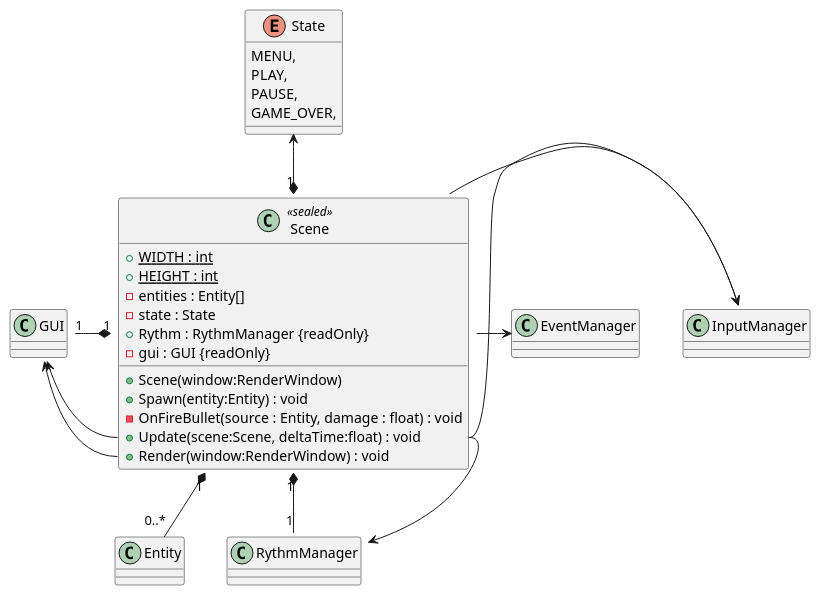
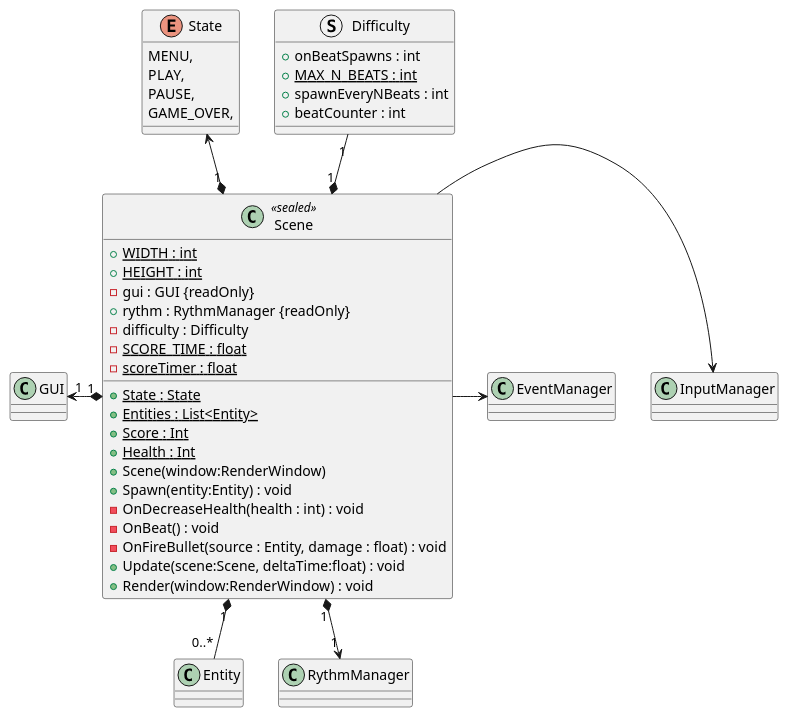
The diagram in plantuml/Scene.puml (Ruby1405/PaceInvaders), drawn with PlantUML before and after one commit. The commit also changed 15 other files, not shown here.

Commit message:
updated class diagram

```diff
--- a/plantuml/Scene.puml
+++ b/plantuml/Scene.puml
@@ -1,31 +1,41 @@
 @startuml
 enum State {
     MENU,
     PLAY,
     PAUSE,
     GAME_OVER,
 }
+struct Difficulty {
+    + onBeatSpawns : int
+    + {static} MAX_N_BEATS : int
+    + spawnEveryNBeats : int
+    + beatCounter : int
+}
 class Scene <<sealed>> {
     + {static} WIDTH : int
     + {static} HEIGHT : int
-    - entities : Entity[]
-    - state : State
-    + Rythm : RythmManager {readOnly}
     - gui : GUI {readOnly}
+    + rythm : RythmManager {readOnly}
+    - difficulty : Difficulty
+    - {static} SCORE_TIME : float
+    - {static} scoreTimer : float
+    + {static} {method} State : State
+    + {static} {method} Entities : List<Entity>
+    + {static} {method} Score : Int
+    + {static} {method} Health : Int
     + Scene(window:RenderWindow)
     + Spawn(entity:Entity) : void
+    - OnDecreaseHealth(health : int) : void
+    - OnBeat() : void
     - OnFireBullet(source : Entity, damage : float) : void
     + Update(scene:Scene, deltaTime:float) : void
     + Render(window:RenderWindow) : void
 }
 State <--* "1" Scene
-GUI "1" -* "1" Scene
+GUI "1" <-* "1" Scene
+Difficulty "1" --* "1" Scene
 Scene "1" *-- "0..*" Entity
-Scene::Scene -> InputManager::InitializeInputs
-Scene::Update -> InputManager::Update
-GUI::Update <- Scene::Update
-GUI::Render <- Scene::Render
-Scene "1" *-- "1" RythmManager
-Scene::Update --> RythmManager::Update
+Scene -> InputManager
+Scene "1" *--> "1" RythmManager
 Scene -> EventManager
 @enduml
```
